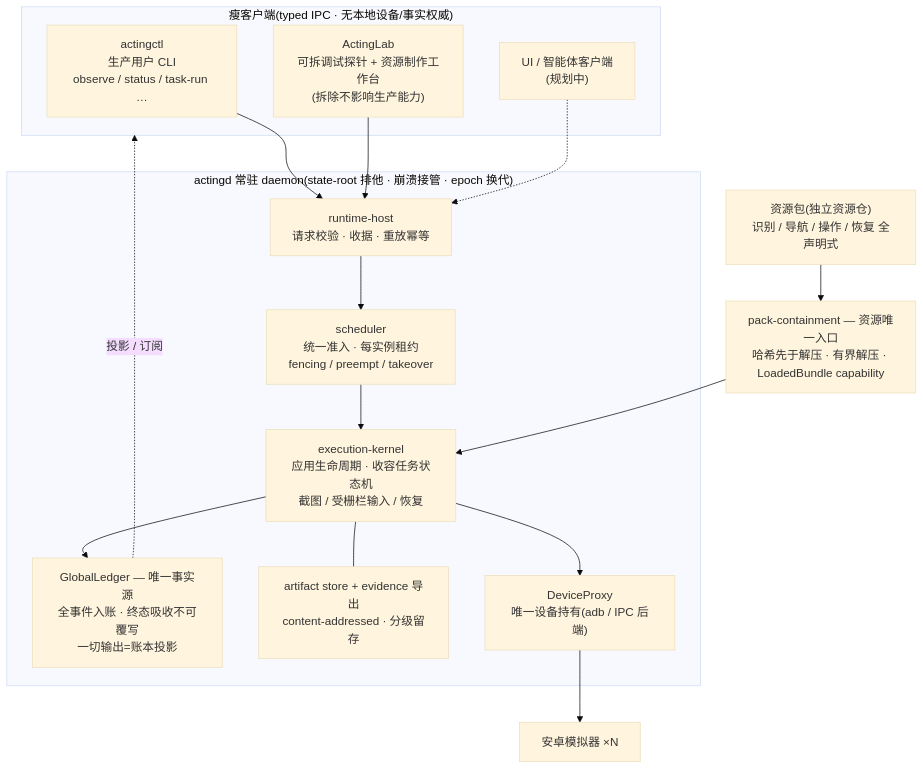
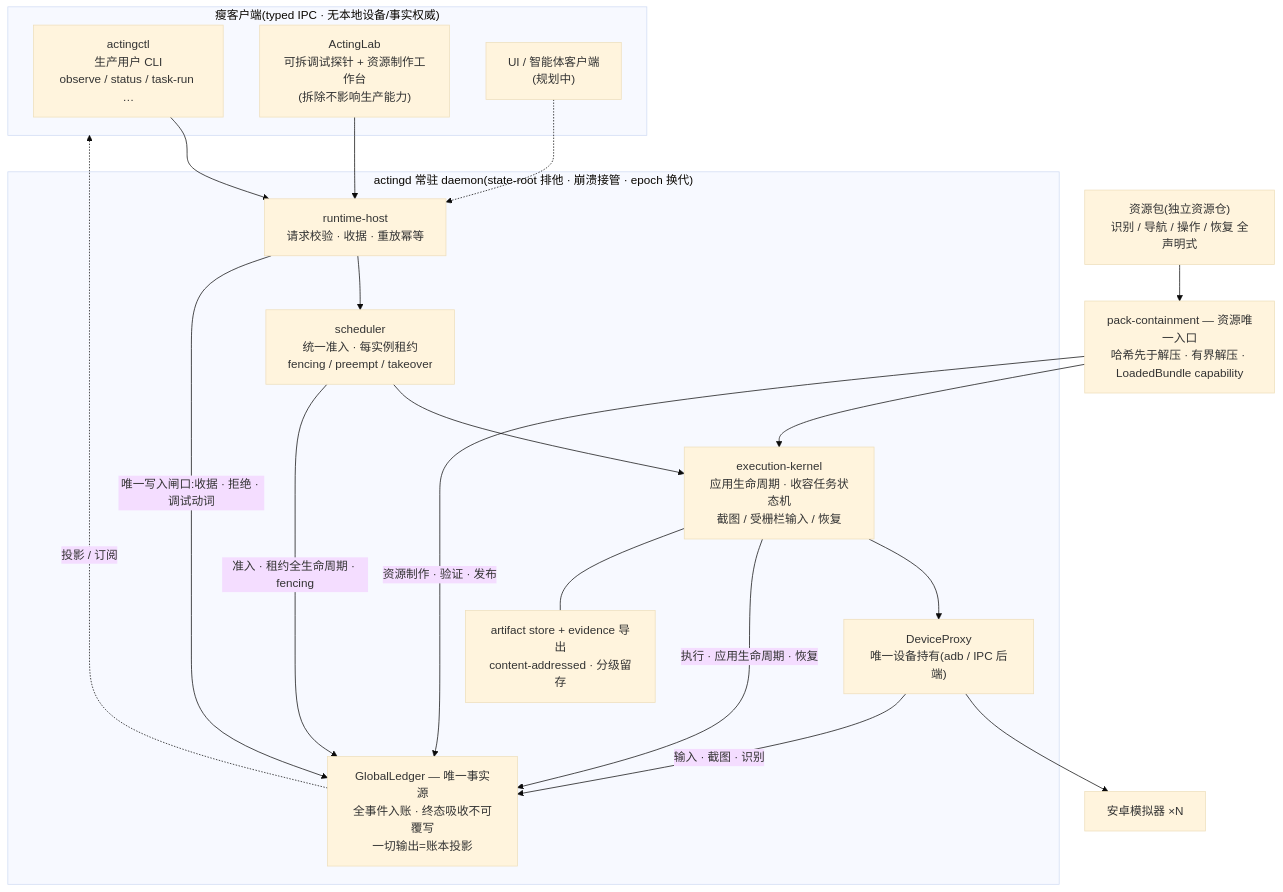
Before and after one commit to HS7097/ActingCommand-Runtime: the diagram in README.md, drawn with Mermaid (base theme). The commit also changed 1 other file, not shown here.

Commit message:
docs: show real ledger event flows in architecture diagram
The GlobalLedger box previously showed only one inbound edge
(execution-kernel), under-representing reality: runtime-host is the sole
write gate and records scheduler admission/lease lifecycle, fenced input,
capture/recognition, app lifecycle and resource authoring events. Draw
those flows explicitly in both zh/en diagrams.

````diff
--- a/README.md
+++ b/README.md
@@ -15,30 +15,34 @@
 ```mermaid
 graph TD
   subgraph clients["瘦客户端(typed IPC · 无本地设备/事实权威)"]
     ctl["actingctl<br/>生产用户 CLI<br/>observe / status / task-run …"]
     lab["ActingLab<br/>可拆调试探针 + 资源制作工作台<br/>(拆除不影响生产能力)"]
     fut["UI / 智能体客户端<br/>(规划中)"]
   end
 
   subgraph daemon["actingd 常驻 daemon(state-root 排他 · 崩溃接管 · epoch 换代)"]
     host["runtime-host<br/>请求校验 · 收据 · 重放幂等"]
     sched["scheduler<br/>统一准入 · 每实例租约<br/>fencing / preempt / takeover"]
     kernel["execution-kernel<br/>应用生命周期 · 收容任务状态机<br/>截图 / 受栅栏输入 / 恢复"]
     ledger["GlobalLedger — 唯一事实源<br/>全事件入账 · 终态吸收不可覆写<br/>一切输出=账本投影"]
     store["artifact store + evidence 导出<br/>content-addressed · 分级留存"]
     dev["DeviceProxy<br/>唯一设备持有(adb / IPC 后端)"]
   end
 
   contain["pack-containment — 资源唯一入口<br/>哈希先于解压 · 有界解压 · LoadedBundle capability"]
   res["资源包(独立资源仓)<br/>识别 / 导航 / 操作 / 恢复 全声明式"]
   emu["安卓模拟器 ×N"]
 
   ctl --> host
   lab --> host
   fut -.-> host
   host --> sched --> kernel --> dev --> emu
   res --> contain --> kernel
-  kernel --> ledger
+  host -->|唯一写入闸口:收据 · 拒绝 · 调试动词| ledger
+  sched -->|准入 · 租约全生命周期 · fencing| ledger
+  kernel -->|执行 · 应用生命周期 · 恢复| ledger
+  dev -->|输入 · 截图 · 识别| ledger
+  contain -->|资源制作 · 验证 · 发布| ledger
   ledger -.->|投影 / 订阅| clients
   kernel --- store
 ```
````
